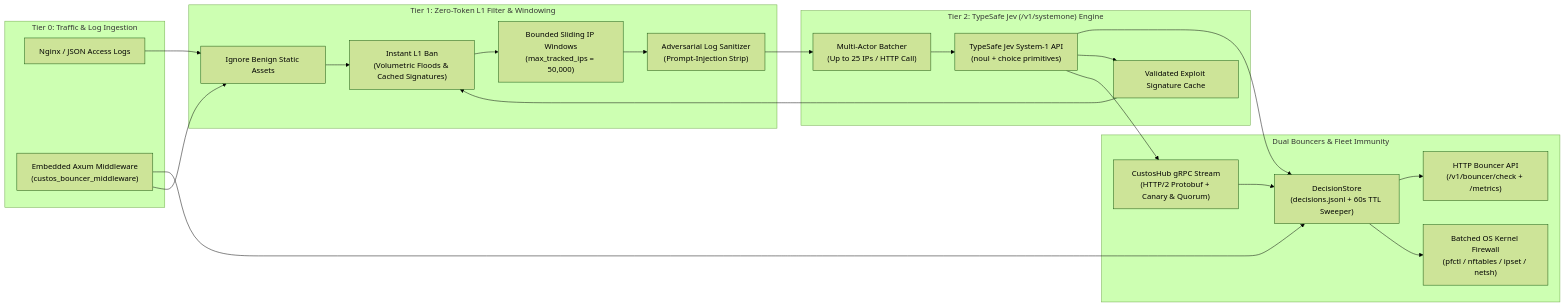
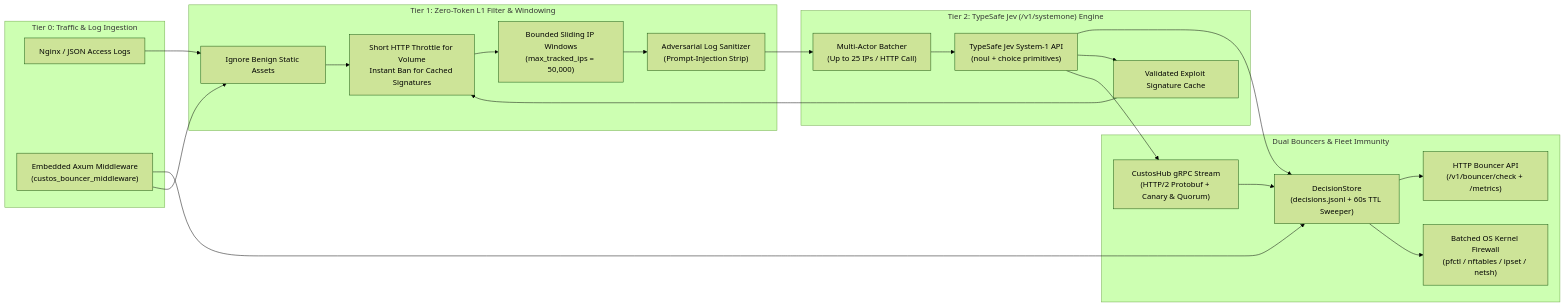
The diagram in README.md (george-amir/Custos), drawn with Mermaid (forest theme) before and after one commit. The commit also changed other lines of this file and 19 other files, not shown here.

````diff
--- a/README.md
+++ b/README.md
@@ -94,36 +119,36 @@
 ```mermaid
 flowchart LR
     subgraph Ingestion["Tier 0: Traffic & Log Ingestion"]
         Logs["Nginx / JSON Access Logs"]
         AxumMW["Embedded Axum Middleware\n(custos_bouncer_middleware)"]
     end
 
     subgraph L1["Tier 1: Zero-Token L1 Filter & Windowing"]
         Static["Ignore Benign Static Assets"]
-        Flood["Instant L1 Ban\n(Volumetric Floods & Cached Signatures)"]
+        Flood["Short HTTP Throttle for Volume\nInstant Ban for Cached Signatures"]
         Cap["Bounded Sliding IP Windows\n(max_tracked_ips = 50,000)"]
         Sanitize["Adversarial Log Sanitizer\n(Prompt-Injection Strip)"]
     end
 
     subgraph L2["Tier 2: TypeSafe Jev (/v1/systemone) Engine"]
         Batch["Multi-Actor Batcher\n(Up to 25 IPs / HTTP Call)"]
         JevAPI["TypeSafe Jev System-1 API\n(noul + choice primitives)"]
         AutoSig["Validated Exploit Signature Cache"]
     end
 
     subgraph Enforcement["Dual Bouncers & Fleet Immunity"]
         Store["DecisionStore\n(decisions.jsonl + 60s TTL Sweeper)"]
         HTTP["HTTP Bouncer API\n(/v1/bouncer/check + /metrics)"]
         FW["Batched OS Kernel Firewall\n(pfctl / nftables / ipset / netsh)"]
         Hub["CustosHub gRPC Stream\n(HTTP/2 Protobuf + Canary & Quorum)"]
     end
 
     Logs --> Static --> Flood --> Cap --> Sanitize --> Batch
     AxumMW --> Store
     AxumMW --> Static
     Batch --> JevAPI --> Store
     JevAPI --> AutoSig --> Flood
     Store --> HTTP
     Store --> FW
     JevAPI --> Hub --> Store
 ```
````
